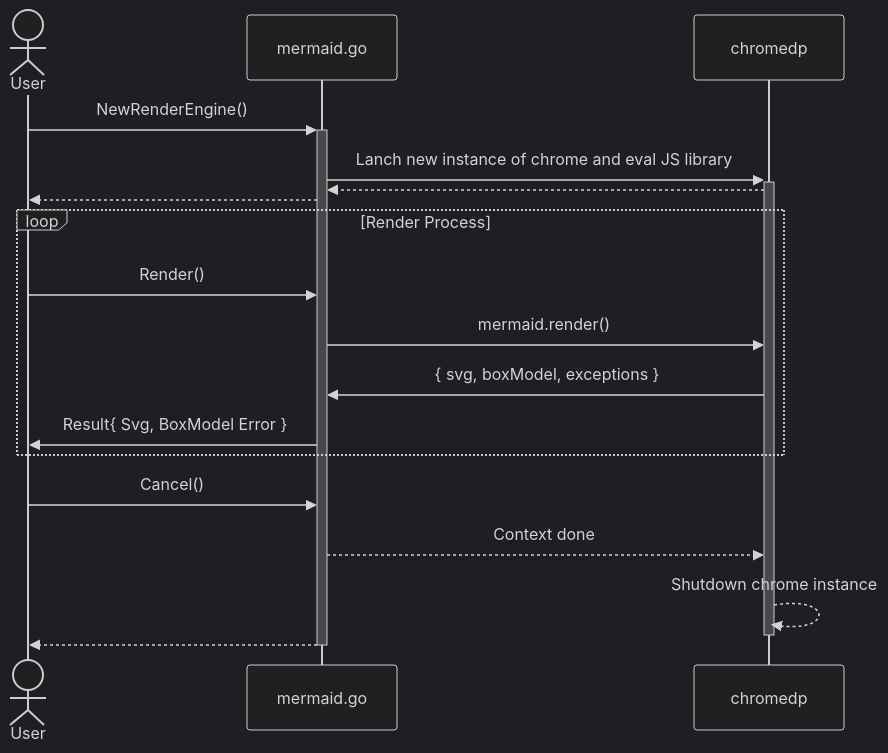
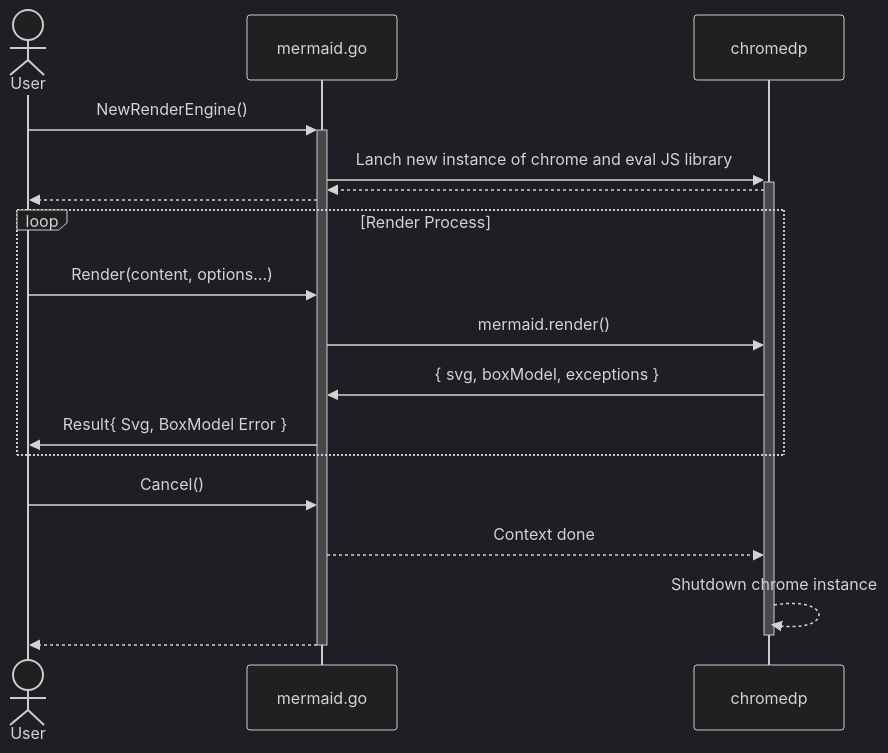
One commit to dreampuf/mermaid.go changed the diagram in README.md. Above: the diagram before and after it, drawn with Mermaid (dark theme). The commit also changed 3 other files, not shown here.

Commit message:
feat: add option to bundle mermaid diagram into SVG

````diff
--- a/README.md
+++ b/README.md
@@ -5,23 +5,23 @@
 ```mermaid
 sequenceDiagram
     Actor A as User
     participant B as mermaid.go
     participant C as chromedp
 
     A ->>+ B: NewRenderEngine()
     B ->>+ C: Lanch new instance of chrome and eval JS library
     C -->> B: 
     B -->> A: 
     
     loop Render Process
-        A ->> B: Render()
+        A ->> B: Render(content, options...)
         B ->> C: mermaid.render()
         C ->> B: { svg, boxModel, exceptions }
         B ->> A: Result{ Svg, BoxModel Error }
     end
 
     A ->> B: Cancel()
     B -->> C: Context done
     C -->>- C: Shutdown chrome instance
     B -->>- A: 
 ```
````
